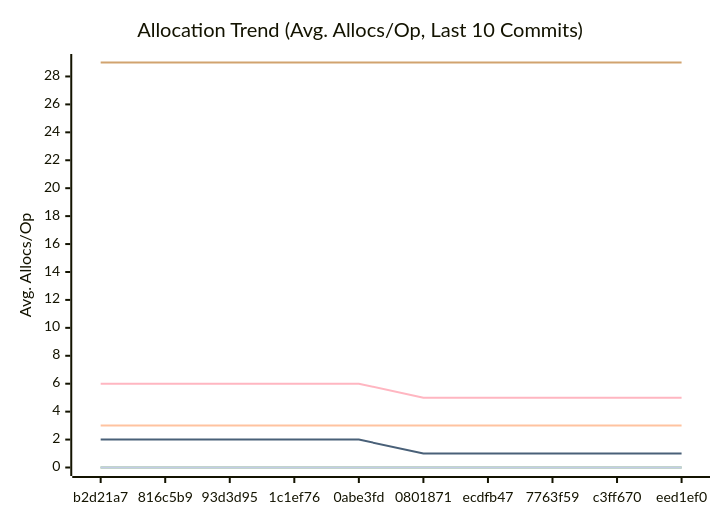
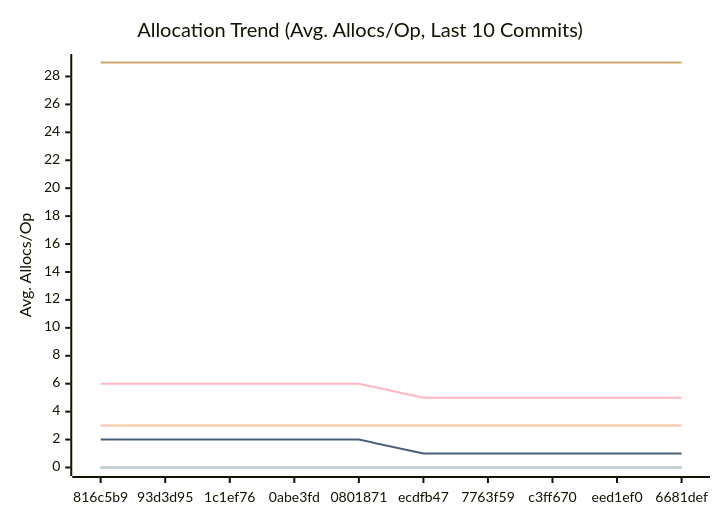
Before and after one commit to alsotoes/momo: the third of 3 diagrams in docs/PERFORMANCE.md, drawn with Mermaid. The commit also changed other lines of this file and 1 other file, not shown here.

````diff
--- a/docs/PERFORMANCE.md
+++ b/docs/PERFORMANCE.md
@@ -114,16 +114,16 @@
 ```mermaid
 xychart-beta
     title "Allocation Trend (Avg. Allocs/Op, Last 10 Commits)"
     x-axis "Commit"
     y-axis "Avg. Allocs/Op"
-    x-axis [b2d21a7,816c5b9,93d3d95,1c1ef76,0abe3fd,0801871,ecdfb47,7763f59,c3ff670,eed1ef0]
+    x-axis [816c5b9,93d3d95,1c1ef76,0abe3fd,0801871,ecdfb47,7763f59,c3ff670,eed1ef0,6681def]
     line "CheckMetricsAndSwap" [0,0,0,0,0,0,0,0,0,0]
     line "CrushOptimized" [0,0,0,0,0,0,0,0,0,0]
     line "CrushOriginal" [3,3,3,3,3,3,3,3,3,3]
     line "IndexDirectTracking" [0,0,0,0,0,0,0,0,0,0]
     line "IndexSearch" [0,0,0,0,0,0,0,0,0,0]
     line "LoadGlobalConfig" [29,29,29,29,29,29,29,29,29,29]
     line "PadString" [0,0,0,0,0,0,0,0,0,0]
     line "ParseReplicationOrder_NoPrealloc" [6,6,6,6,6,5,5,5,5,5]
     line "ParseReplicationOrder_Prealloc" [2,2,2,2,2,1,1,1,1,1]
 ```
````
